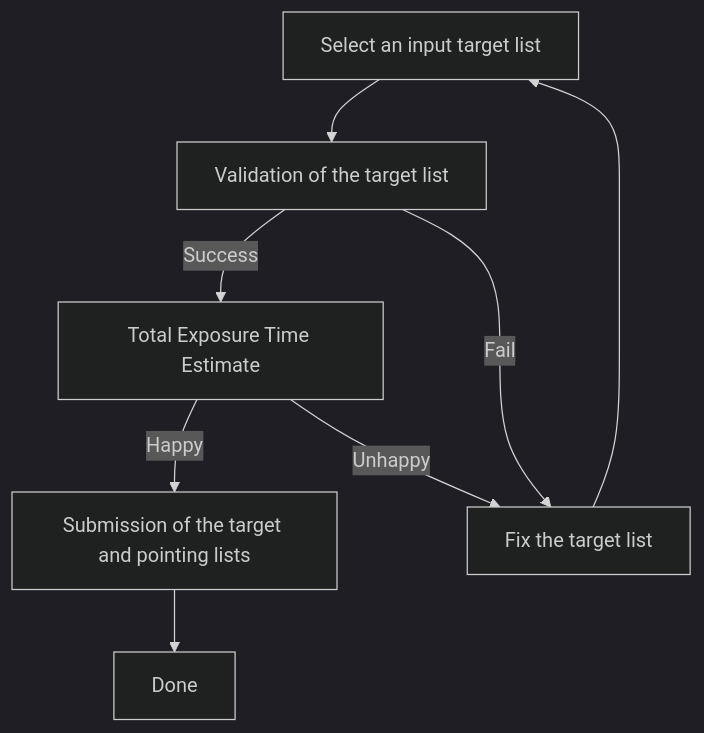
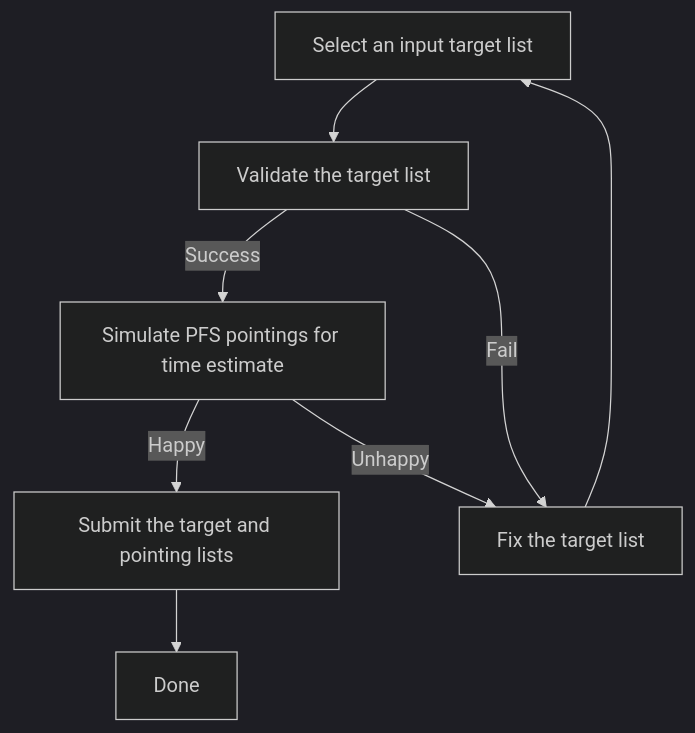
The diagram in docs/docs/index.md (Subaru-PFS/spt_target_uploader), drawn with Mermaid (dark theme) before and after one commit. The commit also changed other lines of this file and 5 other files, not shown here.

Commit message:
revise wording for time estimate and pointing simulation

````diff
--- a/docs/docs/index.md
+++ b/docs/docs/index.md
@@ -7,10 +7,10 @@
 ```mermaid
 graph TD
-  select_file[Select an input target list] --> validate[Validation of the target list];
-  validate -->|Success| run_ppp[Total Exposure Time Estimate];
+  select_file[Select an input target list] --> validate[Validate the target list];
+  validate -->|Success| run_ppp[Simulate PFS pointings for time estimate];
   validate -->|Fail| fix_errors[Fix the target list];
   fix_errors --> select_file;
-  run_ppp -->|Happy| submit_results[Submission of the target and pointing lists];
+  run_ppp -->|Happy| submit_results[Submit the target and pointing lists];
   run_ppp -->|Unhappy| fix_errors;
   submit_results --> done[Done];
 ```
````
